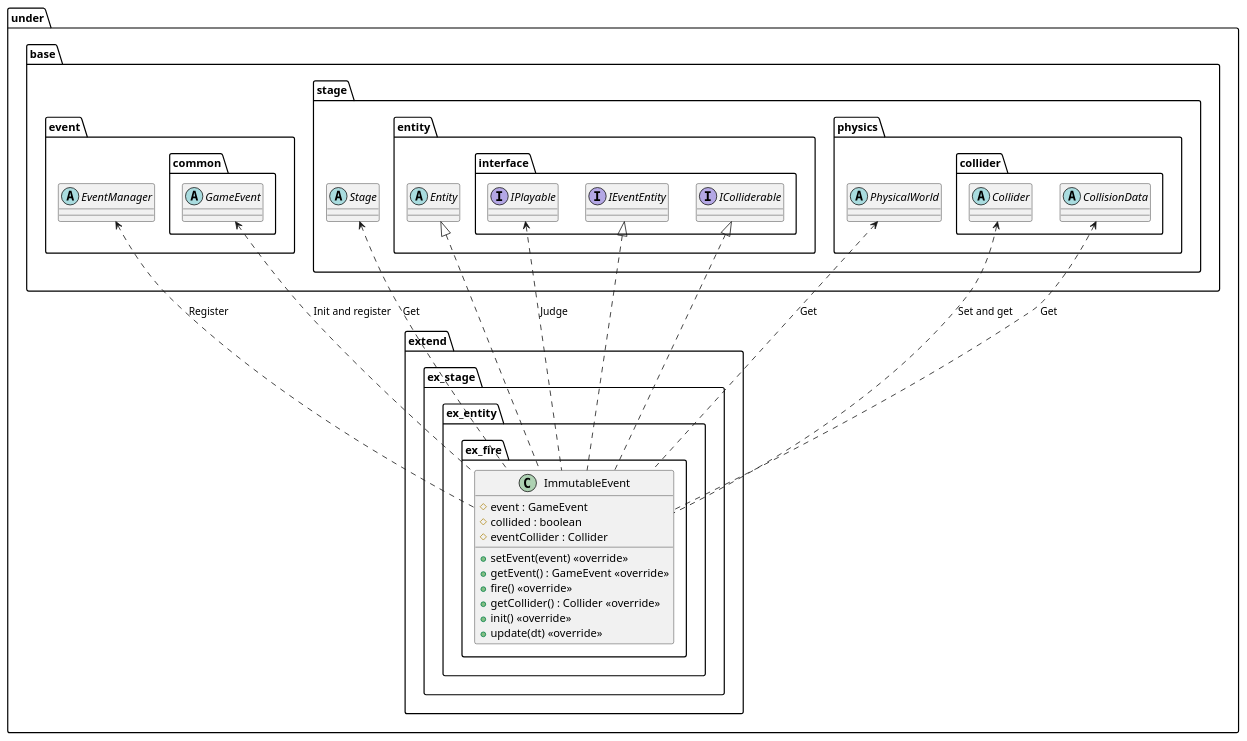
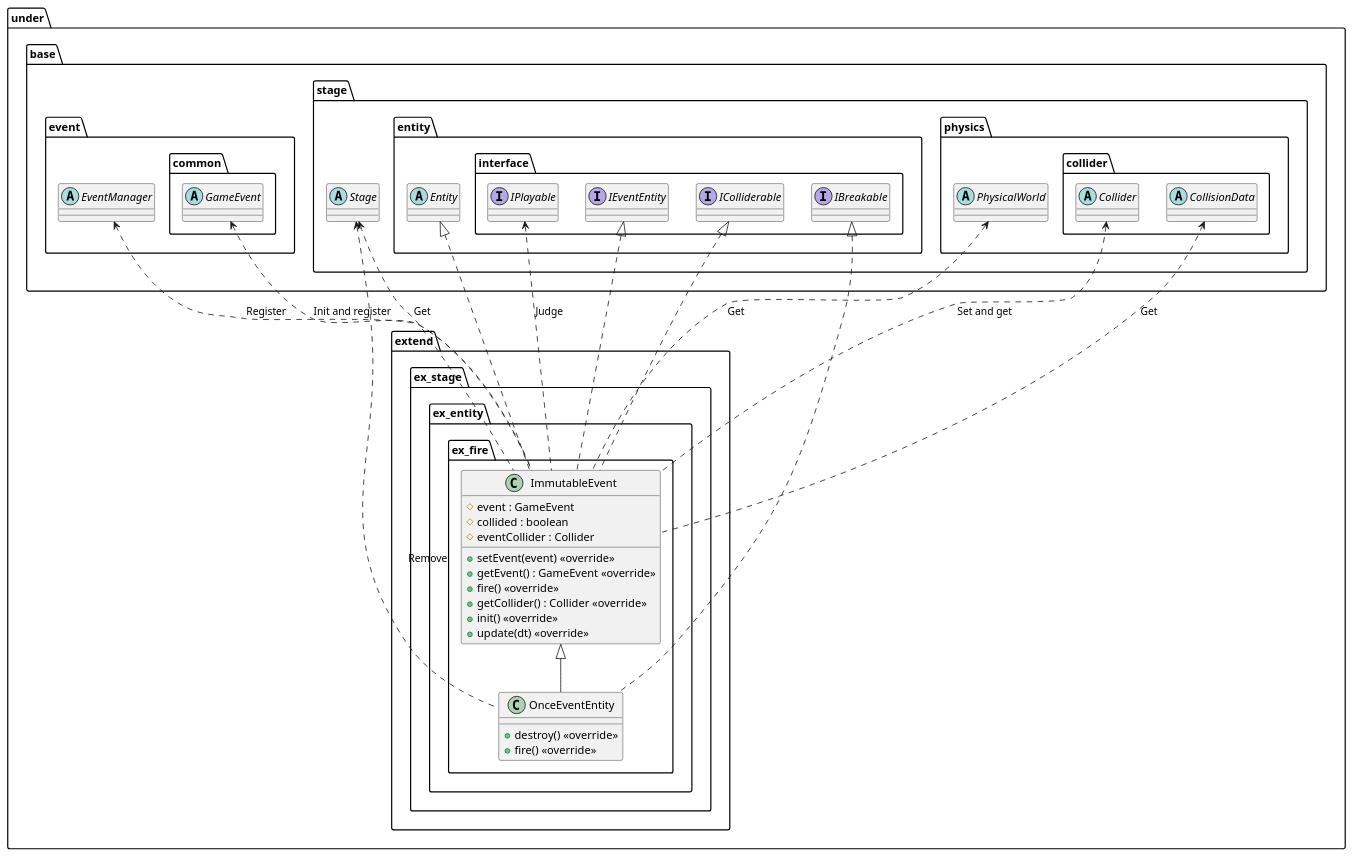
The diagram in uml/entity/ExtendFire.wsd (Expine/Under), drawn with PlantUML before and after one commit. The commit also changed 13 other files, not shown here.

Commit message:
Add once event and operation image

```diff
--- a/uml/entity/ExtendFire.wsd
+++ b/uml/entity/ExtendFire.wsd
@@ -1,65 +1,75 @@
 @startuml EntityExtendFire
 package under {
     package extend {
         package ex_stage {
             package ex_entity {
                 package ex_fire {
                     class ImmutableEvent {
                         #event : GameEvent
                         #collided : boolean
                         #eventCollider : Collider
                         +setEvent(event) <<override>>
                         +getEvent() : GameEvent <<override>>
                         +fire() <<override>>
                         +getCollider() : Collider <<override>>
                         +init() <<override>>
                         +update(dt) <<override>>
+                    }
+                    class OnceEventEntity {
+                        +destroy() <<override>>
+                        +fire() <<override>>
                     }
                 }
             }
         }
     }
 }
 
 package under {
     package base {
         package event {
             abstract EventManager
             package common {
                 abstract GameEvent
             }
         }
         package stage {
             abstract Stage
             package entity {
                 abstract Entity
                 package interface {
                     interface IPlayable
                     interface IEventEntity
                     interface IColliderable
+                    interface IBreakable
                 }
             }
             package physics {
                 abstract PhysicalWorld
                 package collider {
                     abstract Collider
                     abstract CollisionData
                 }
             }
         }
     }
 }
 
 GameEvent <.. ImmutableEvent : Init and register
 EventManager <.. ImmutableEvent : Register
 Collider <.. ImmutableEvent : Set and get
 Stage <.. ImmutableEvent : Get
 PhysicalWorld <.. ImmutableEvent : Get
 CollisionData <.. ImmutableEvent : Get
 IPlayable <.. ImmutableEvent : Judge
 
+Stage <.. OnceEventEntity : Remove
+
 Entity <|.. ImmutableEvent
 IEventEntity <|.. ImmutableEvent
 IColliderable <|.. ImmutableEvent
 
+ImmutableEvent <|-- OnceEventEntity
+IBreakable <|.. OnceEventEntity
+
 @enduml
```
